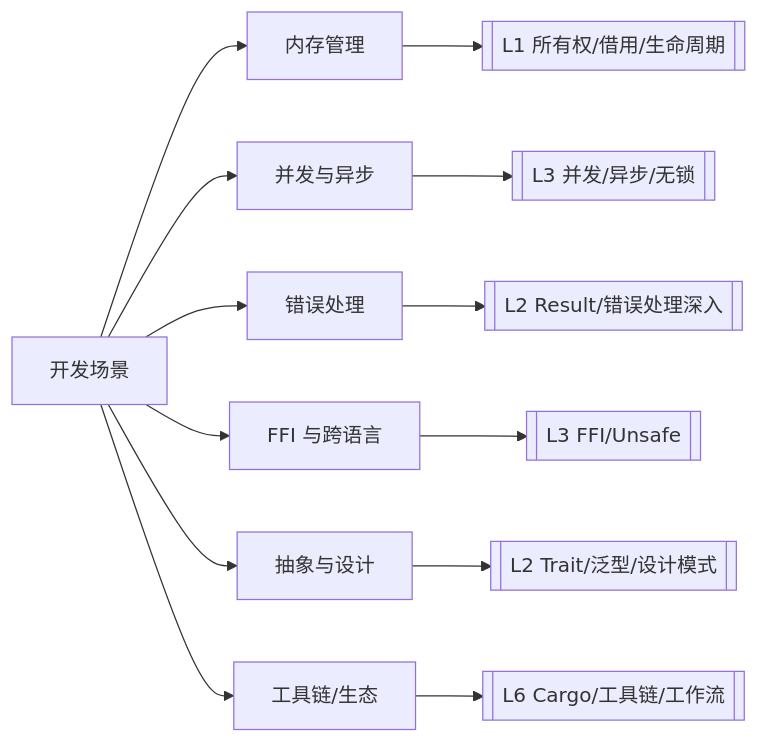
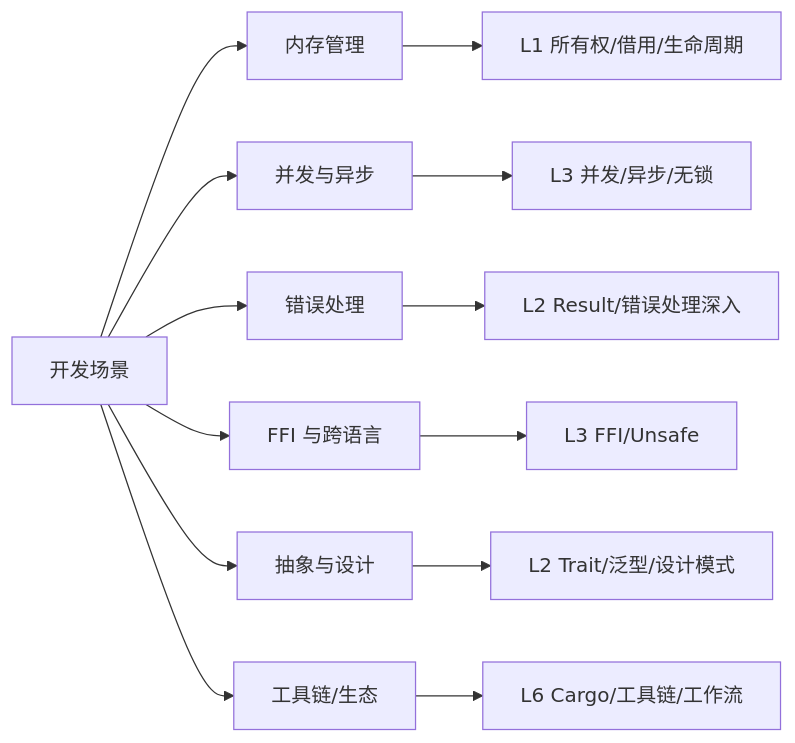
The first of 9 diagrams in concept/00_meta/knowledge_topology/03_scenario_decision_tree_atlas.md (martin-ly/rust-lang), drawn with Mermaid before and after one commit. The commit also changed 133 other files, not shown here.

````diff
--- a/concept/00_meta/knowledge_topology/03_scenario_decision_tree_atlas.md
+++ b/concept/00_meta/knowledge_topology/03_scenario_decision_tree_atlas.md
@@ -22,15 +22,15 @@
 ```mermaid
 flowchart LR
     S[开发场景] --> M[内存管理]
     S --> C[并发与异步]
     S --> E[错误处理]
     S --> F[FFI 与跨语言]
     S --> A[抽象与设计]
     S --> T[工具链/生态]
-    M --> L1M[[L1 所有权/借用/生命周期]]
-    C --> L3C[[L3 并发/异步/无锁]]
-    E --> L2E[[L2 Result/错误处理深入]]
-    F --> L3F[[L3 FFI/Unsafe]]
-    A --> L2A[[L2 Trait/泛型/设计模式]]
-    T --> L6T[[L6 Cargo/工具链/工作流]]
+    M --> L1M[L1 所有权/借用/生命周期]
+    C --> L3C[L3 并发/异步/无锁]
+    E --> L2E[L2 Result/错误处理深入]
+    F --> L3F[L3 FFI/Unsafe]
+    A --> L2A[L2 Trait/泛型/设计模式]
+    T --> L6T[L6 Cargo/工具链/工作流]
 ```
````
